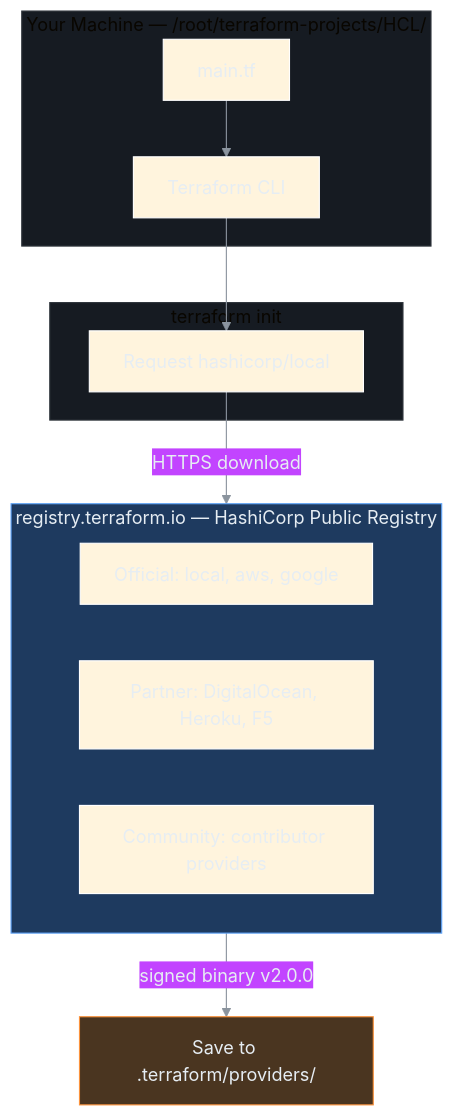
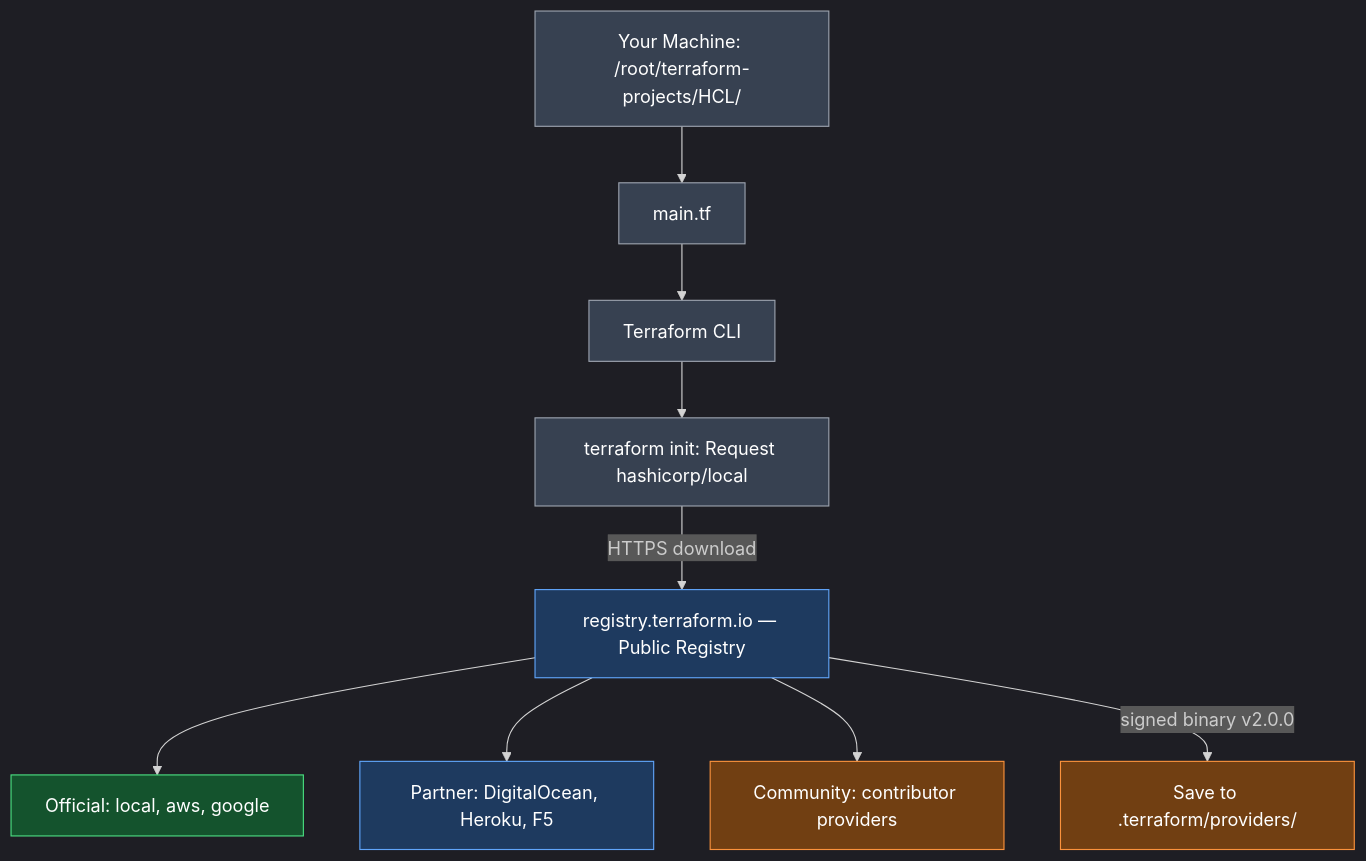
Before and after one commit to nirajp82/Terraform_Basics: the fourth of 9 diagrams in 04_Core_Terraform_Basics/01_Terraform_Provider.md, drawn with Mermaid. The commit also changed other lines of this file and 1 other file, not shown here.

Commit message:
Update Diagram

````diff
--- a/04_Core_Terraform_Basics/01_Terraform_Provider.md
+++ b/04_Core_Terraform_Basics/01_Terraform_Provider.md
@@ -113,28 +122,22 @@
 ```mermaid
-%%{init: {'theme': 'base', 'themeVariables': {'darkMode': true, 'background': 'transparent', 'primaryTextColor': '#e6edf3', 'lineColor': '#8b949e', 'clusterBkg': '#161b22', 'clusterBorder': '#30363d'}}}%%
+%%{init: {'theme': 'dark'}}%%
 flowchart TB
-    subgraph MACHINE["Your Machine — /root/terraform-projects/HCL/"]
-        TF["main.tf"]
-        CLI["Terraform CLI"]
-        TF --> CLI
-    end
+    MACH["Your Machine: /root/terraform-projects/HCL/"] --> TF["main.tf"]
+    TF --> CLI["Terraform CLI"]
+    CLI --> REQ["terraform init: Request hashicorp/local"]
+    REQ -->|HTTPS download| REG["registry.terraform.io — Public Registry"]
+    REG --> OFF["Official: local, aws, google"]
+    REG --> PART["Partner: DigitalOcean, Heroku, F5"]
+    REG --> COMM["Community: contributor providers"]
+    REG -->|signed binary v2.0.0| SAVE["Save to .terraform/providers/"]
 
-    subgraph INIT["terraform init"]
-        REQ["Request hashicorp/local"]
-    end
-
-    subgraph REGISTRY["registry.terraform.io — HashiCorp Public Registry"]
-        OFF["Official: local, aws, google"]
-        PART["Partner: DigitalOcean, Heroku, F5"]
-        COMM["Community: contributor providers"]
-    end
-
-    CLI --> REQ
-    REQ -->|HTTPS download| REGISTRY
-    REGISTRY -->|signed binary v2.0.0| SAVE["Save to .terraform/providers/"]
-
-    classDef info fill:#1e3a5f,stroke:#60a5fa,color:#e6edf3
-    classDef warn fill:#4a3520,stroke:#fb923c,color:#e6edf3
-    class REGISTRY info
-    class SAVE warn
+    style MACH fill:#374151,stroke:#9ca3af,color:#ffffff
+    style TF fill:#374151,stroke:#9ca3af,color:#ffffff
+    style CLI fill:#374151,stroke:#9ca3af,color:#ffffff
+    style REQ fill:#374151,stroke:#9ca3af,color:#ffffff
+    style REG fill:#1e3a5f,stroke:#60a5fa,color:#ffffff
+    style OFF fill:#14532d,stroke:#4ade80,color:#ffffff
+    style PART fill:#1e3a5f,stroke:#60a5fa,color:#ffffff
+    style COMM fill:#713f12,stroke:#fb923c,color:#ffffff
+    style SAVE fill:#713f12,stroke:#fb923c,color:#ffffff
 ```
````
